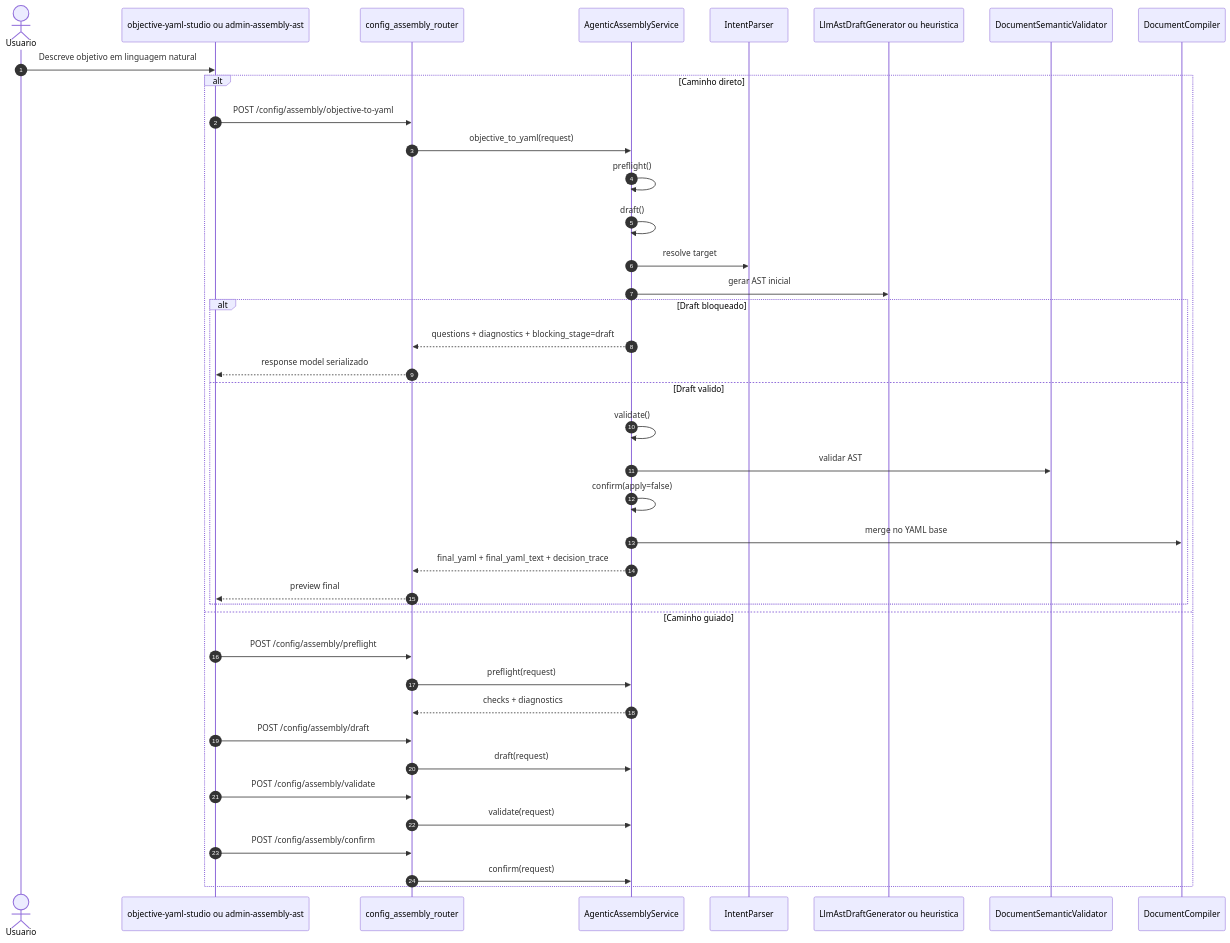
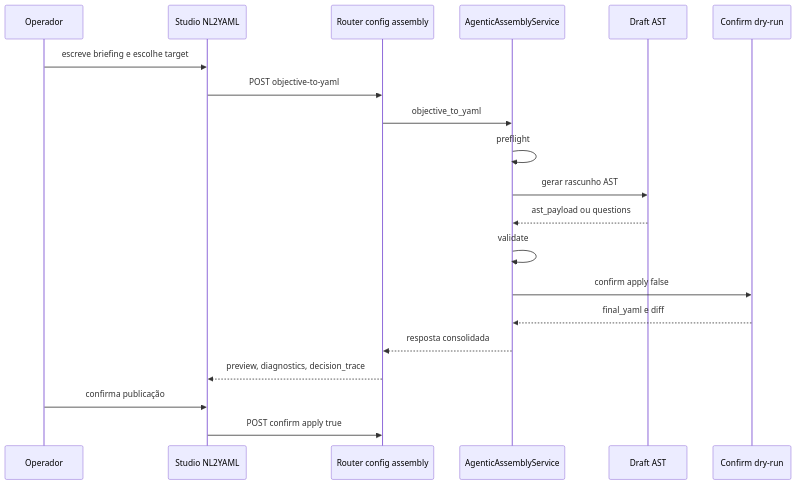
One commit to MEDIUM-FOOD/linx-food-docs changed the diagram in docs/assets/diagrams/docs-tutorial-101-nl2yaml-diagrama-02.mmd. Above: the diagram before and after it, drawn with Mermaid. The commit also changed 184 other files, not shown here.

```diff
--- a/docs/assets/diagrams/docs-tutorial-101-nl2yaml-diagrama-02.mmd
+++ b/docs/assets/diagrams/docs-tutorial-101-nl2yaml-diagrama-02.mmd
@@ -1,41 +1,21 @@
 sequenceDiagram
-    autonumber
-    actor U as Usuario
-    participant UI as objective-yaml-studio ou admin-assembly-ast
-    participant R as config_assembly_router
-    participant S as AgenticAssemblyService
-    participant I as IntentParser
-    participant L as LlmAstDraftGenerator ou heuristica
-    participant V as DocumentSemanticValidator
-    participant C as DocumentCompiler
+    participant User as Operador
+    participant UI as Studio NL2YAML
+    participant API as Router config assembly
+    participant Service as AgenticAssemblyService
+    participant Draft as Draft AST
+    participant Confirm as Confirm dry-run
 
-    U->>UI: Descreve objetivo em linguagem natural
-    alt Caminho direto
-        UI->>R: POST /config/assembly/objective-to-yaml
-        R->>S: objective_to_yaml(request)
-        S->>S: preflight()
-        S->>S: draft()
-        S->>I: resolve target
-        S->>L: gerar AST inicial
-        alt Draft bloqueado
-            S-->>R: questions + diagnostics + blocking_stage=draft
-            R-->>UI: response model serializado
-        else Draft valido
-            S->>S: validate()
-            S->>V: validar AST
-            S->>S: confirm(apply=false)
-            S->>C: merge no YAML base
-            S-->>R: final_yaml + final_yaml_text + decision_trace
-            R-->>UI: preview final
-        end
-    else Caminho guiado
-        UI->>R: POST /config/assembly/preflight
-        R->>S: preflight(request)
-        S-->>R: checks + diagnostics
-        UI->>R: POST /config/assembly/draft
-        R->>S: draft(request)
-        UI->>R: POST /config/assembly/validate
-        R->>S: validate(request)
-        UI->>R: POST /config/assembly/confirm
-        R->>S: confirm(request)
-    end
+    User->>UI: escreve briefing e escolhe target
+    UI->>API: POST objective-to-yaml
+    API->>Service: objective_to_yaml
+    Service->>Service: preflight
+    Service->>Draft: gerar rascunho AST
+    Draft-->>Service: ast_payload ou questions
+    Service->>Service: validate
+    Service->>Confirm: confirm apply false
+    Confirm-->>Service: final_yaml e diff
+    Service-->>API: resposta consolidada
+    API-->>UI: preview, diagnostics, decision_trace
+    User->>UI: confirma publicação
+    UI->>API: POST confirm apply true
```
